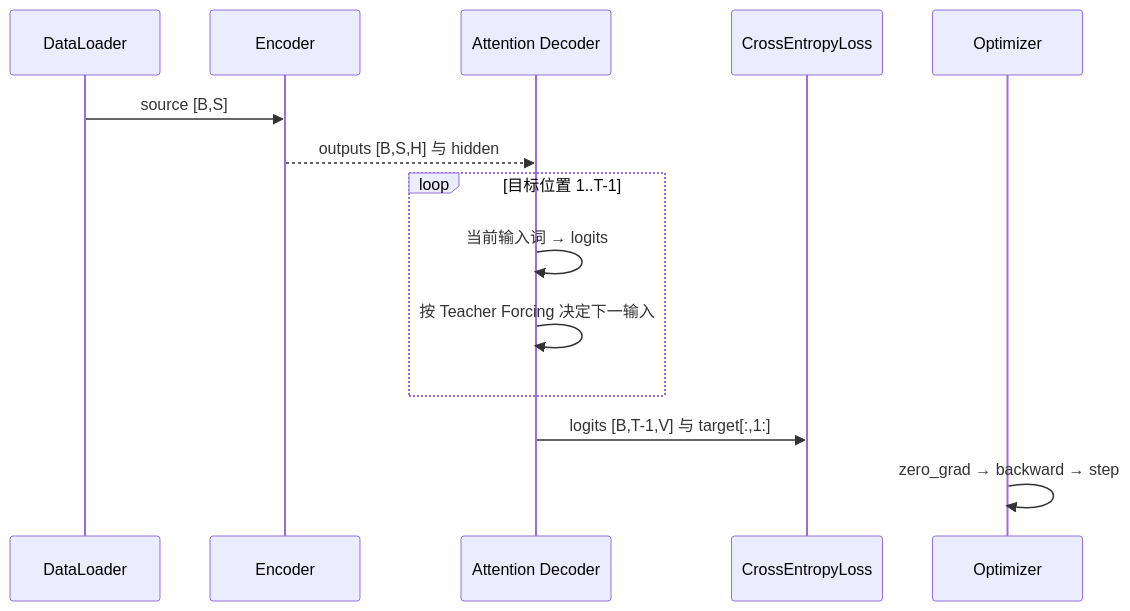
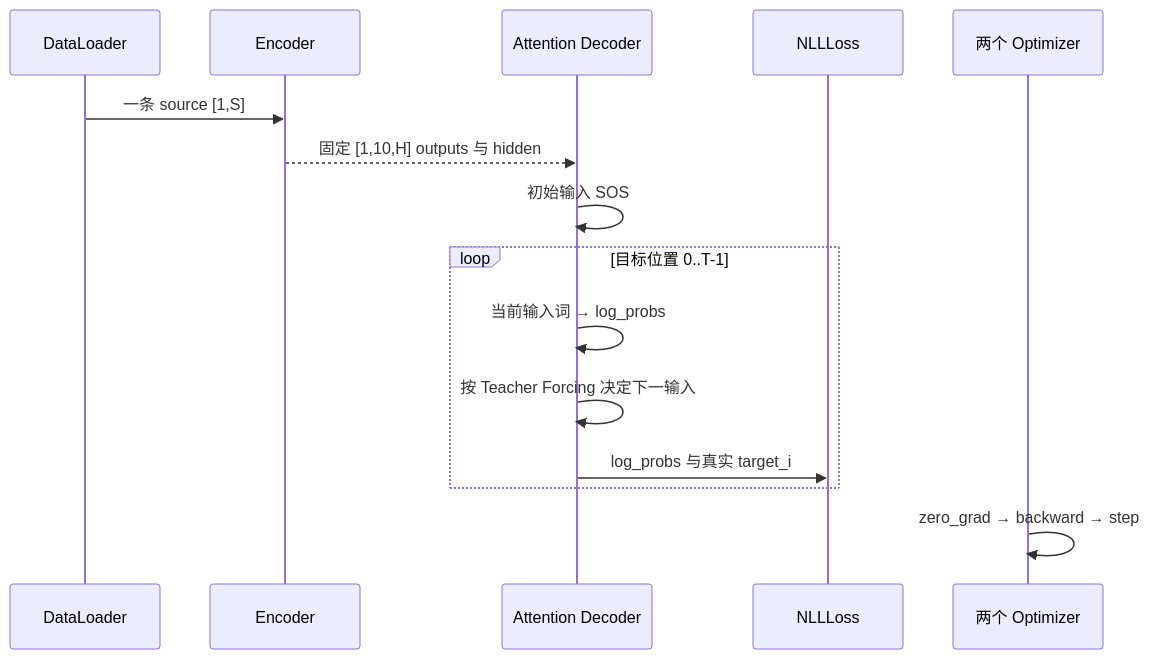
One commit to luyunix/nlp_study changed the second of 2 diagrams in notes/seq2seq-translation/23-training-summary.md. Above: the diagram before and after it, drawn with Mermaid. The commit also changed other lines of this file and 66 other files, not shown here.

````diff
--- a/notes/seq2seq-translation/23-training-summary.md
+++ b/notes/seq2seq-translation/23-training-summary.md
@@ -32,16 +32,17 @@
 ```mermaid
 sequenceDiagram
     participant D as DataLoader
     participant E as Encoder
     participant A as Attention Decoder
-    participant L as CrossEntropyLoss
-    participant O as Optimizer
-    D->>E: source [B,S]
-    E-->>A: outputs [B,S,H] 与 hidden
-    loop 目标位置 1..T-1
-      A->>A: 当前输入词 → logits
+    participant L as NLLLoss
+    participant O as 两个 Optimizer
+    D->>E: 一条 source [1,S]
+    E-->>A: 固定 [1,10,H] outputs 与 hidden
+    A->>A: 初始输入 SOS
+    loop 目标位置 0..T-1
+      A->>A: 当前输入词 → log_probs
       A->>A: 按 Teacher Forcing 决定下一输入
+      A->>L: log_probs 与真实 target_i
     end
-    A->>L: logits [B,T-1,V] 与 target[:,1:]
     O->>O: zero_grad → backward → step
 ```
````
